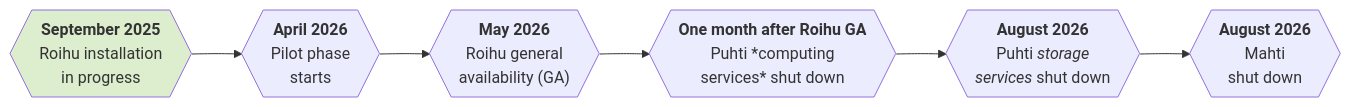
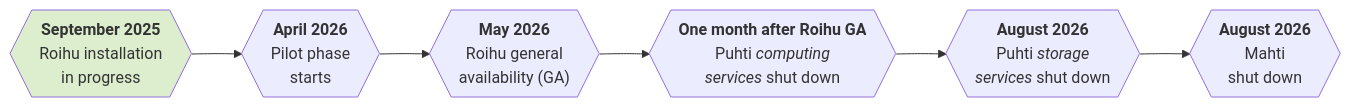
The diagram in docs/computing/systems-roihu.md (CSCfi/csc-user-guide), drawn with Mermaid before and after one commit.

Commit message:
missed one

````diff
--- a/docs/computing/systems-roihu.md
+++ b/docs/computing/systems-roihu.md
@@ -11,22 +11,22 @@
 ```mermaid
 graph LR;
     A{{"<b>September 2025</b>
         Roihu installation
         in progress"}} --> B;
     B{{"<b>April 2026</b>
         Pilot phase
         starts"}} --> C;
     C{{"<b>May 2026</b>
         Roihu general
         availability (GA)"}} --> D;
     D{{"<b>One month after Roihu GA</b>
-        Puhti *computing
-        services* shut down"}} --> E;
+        Puhti <i>computing
+        services</i> shut down"}} --> E;
     E{{"<b>August 2026</b>
         Puhti <i>storage
         services</i> shut down"}} --> F;
     F{{"<b>August 2026</b>
         Mahti
         shut down"}}
     style A fill:#dceeceff;
 ```
````
